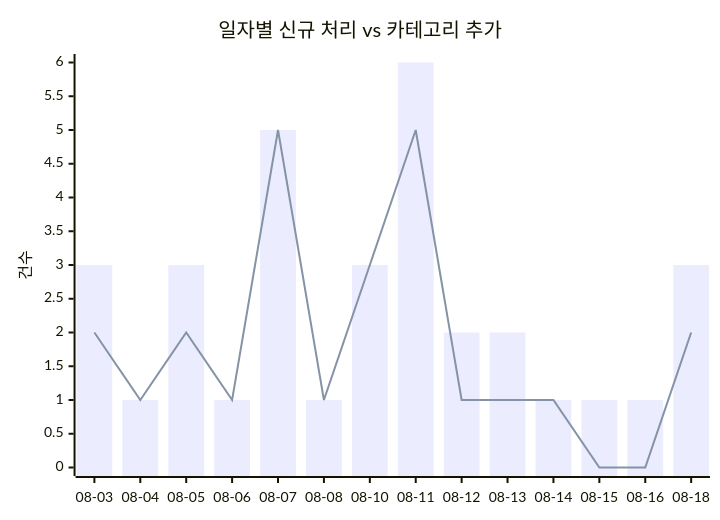
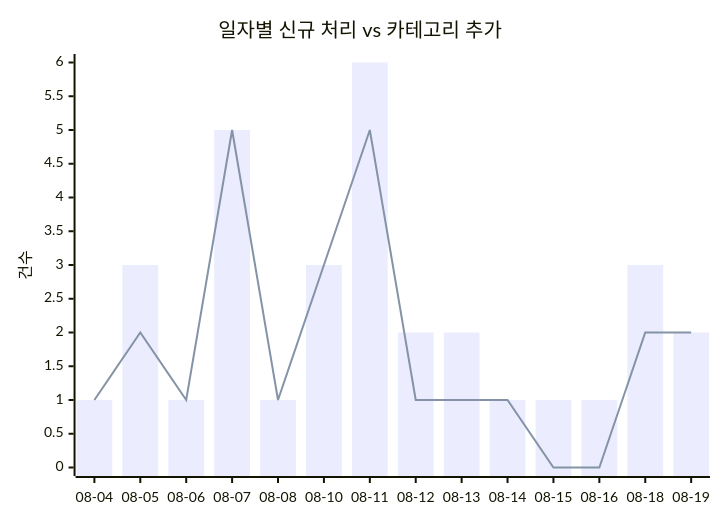
The first of 2 diagrams in docs/trends.md (J-nowcow/awesome-korean-agent-skills), drawn with Mermaid before and after one commit. The commit also changed other lines of this file and 5 other files, not shown here.

````diff
--- a/docs/trends.md
+++ b/docs/trends.md
@@ -32,8 +32,8 @@
 ```mermaid
 xychart-beta
     title "일자별 신규 처리 vs 카테고리 추가"
-    x-axis ["08-03","08-04","08-05","08-06","08-07","08-08","08-10","08-11","08-12","08-13","08-14","08-15","08-16","08-18"]
+    x-axis ["08-04","08-05","08-06","08-07","08-08","08-10","08-11","08-12","08-13","08-14","08-15","08-16","08-18","08-19"]
     y-axis "건수"
-    bar [3,1,3,1,5,1,3,6,2,2,1,1,1,3]
-    line [2,1,2,1,5,1,3,5,1,1,1,0,0,2]
+    bar [1,3,1,5,1,3,6,2,2,1,1,1,3,2]
+    line [1,2,1,5,1,3,5,1,1,1,0,0,2,2]
 ```
````
